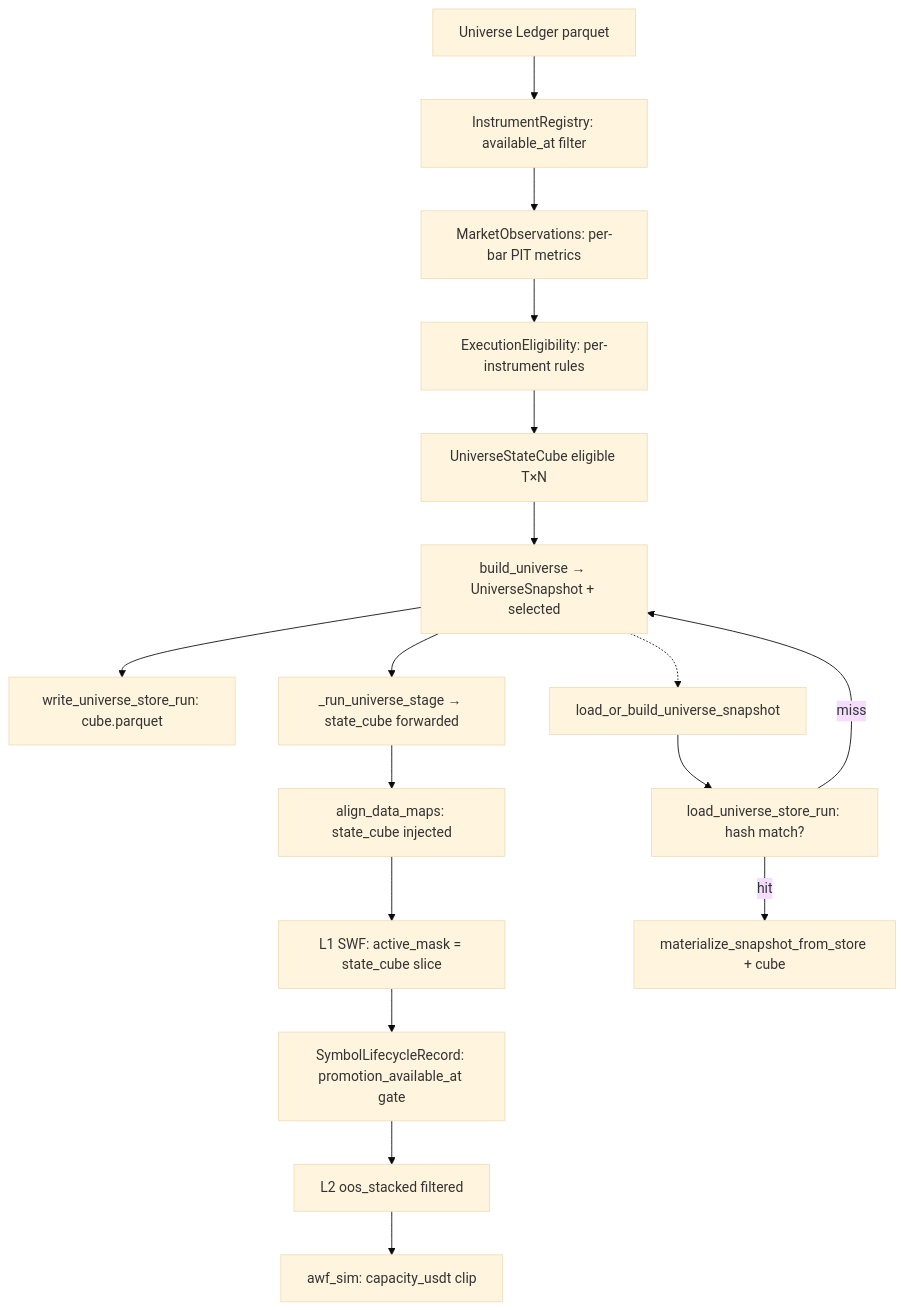
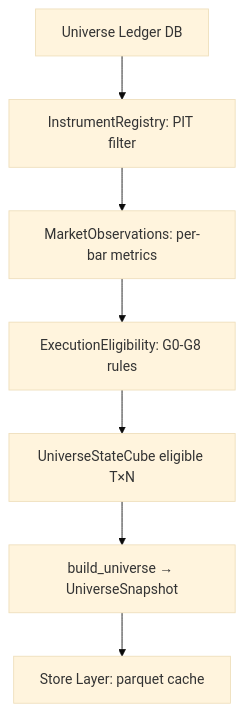
The diagram in docs/architecture/universe.md (KTHYEONG/crypto-pilot), drawn with Mermaid (base theme) before and after one commit. The commit also changed other lines of this file and 11 other files, not shown here.

````diff
--- a/docs/architecture/universe.md
+++ b/docs/architecture/universe.md
@@ -59,19 +71,9 @@
 ```mermaid
 graph TD
-    A[Universe Ledger parquet] --> B[InstrumentRegistry: available_at filter]
-    B --> C[MarketObservations: per-bar PIT metrics]
-    C --> D[ExecutionEligibility: per-instrument rules]
+    A[Universe Ledger DB] --> B[InstrumentRegistry: PIT filter]
+    B --> C[MarketObservations: per-bar metrics]
+    C --> D[ExecutionEligibility: G0-G8 rules]
     D --> E[UniverseStateCube eligible T×N]
-    E --> F[build_universe → UniverseSnapshot + selected]
-    F --> G_store[write_universe_store_run: cube.parquet]
-    F --> G[_run_universe_stage → state_cube forwarded]
-    G --> H[align_data_maps: state_cube injected]
-    H --> I[L1 SWF: active_mask = state_cube slice]
-    I --> J[SymbolLifecycleRecord: promotion_available_at gate]
-    J --> K[L2 oos_stacked filtered]
-    K --> L[awf_sim: capacity_usdt clip]
-    F -.-> M[load_or_build_universe_snapshot]
-    M --> M_store[load_universe_store_run: hash match?]
-    M_store -- hit --> N[materialize_snapshot_from_store + cube]
-    M_store -- miss --> F
+    E --> F[build_universe → UniverseSnapshot]
+    F --> G[Store Layer: parquet cache]
 ```
````
